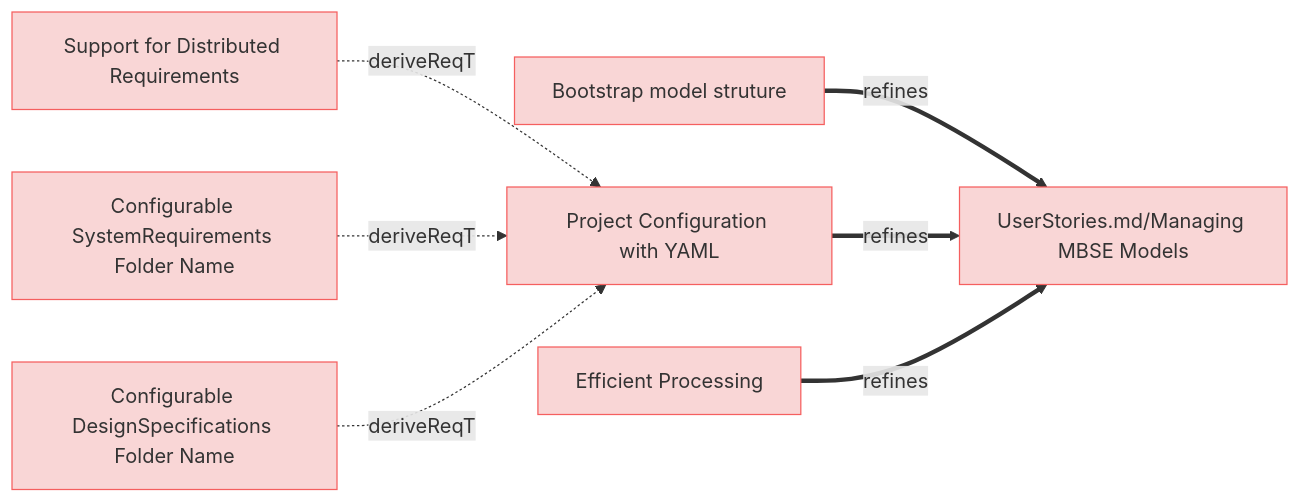
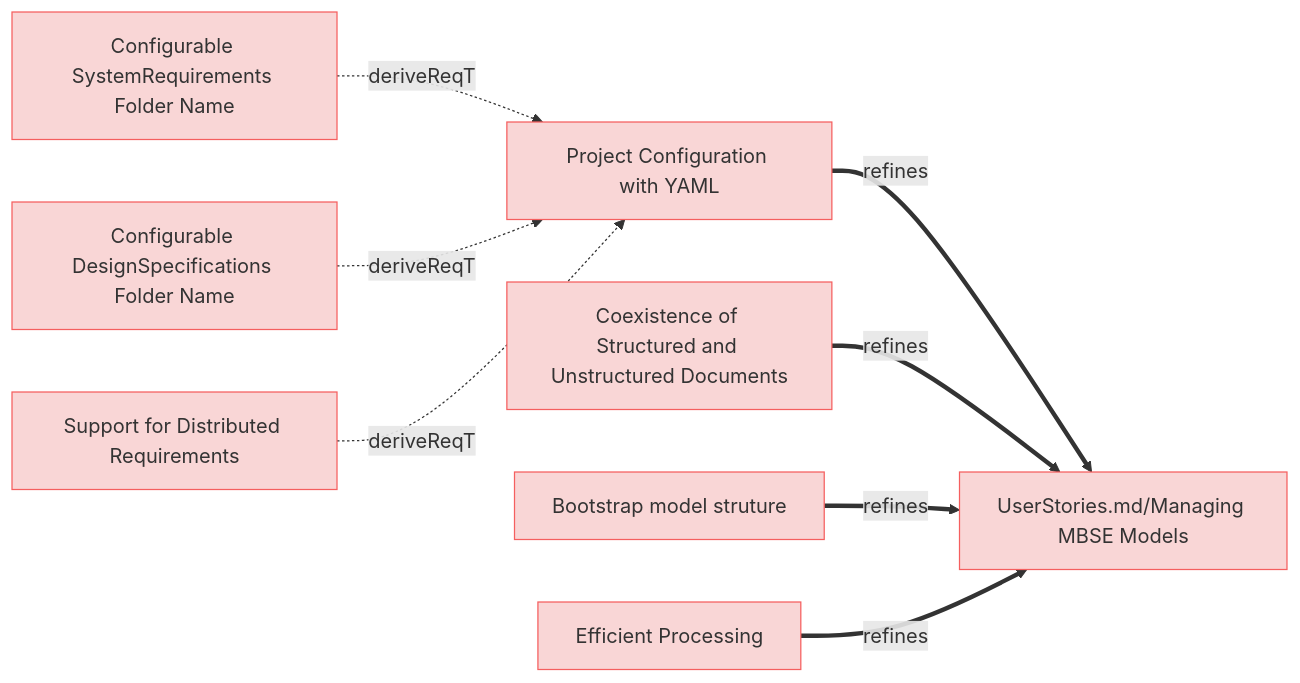
The diagram in specifications/UserRequirements.md (reqvire-org/reqvire), drawn with Mermaid before and after one commit. The commit also changed other lines of this file and 6 other files, not shown here.

Commit message:
Model updates: bug fix not adding diagrams.

````diff
--- a/specifications/UserRequirements.md
+++ b/specifications/UserRequirements.md
@@ -5,35 +4,40 @@
 ```mermaid
 graph LR;
   %% Graph styling
   classDef requirement fill:#f9d6d6,stroke:#f55f5f,stroke-width:1px;
   classDef verification fill:#d6f9d6,stroke:#5fd75f,stroke-width:1px;
   classDef externalLink fill:#d0e0ff,stroke:#3080ff,stroke-width:1px;
   classDef default fill:#f5f5f5,stroke:#333333,stroke-width:1px;
+
+  438060bb46["Configurable SystemRequirements Folder Name"];
+  click 438060bb46 "UserRequirements.md#configurable-systemrequirements-folder-name";
+  class 438060bb46 requirement;
+  7430e12113["Project Configuration with YAML"];
+  class 7430e12113 requirement;
+  click 7430e12113 "UserRequirements.md#project-configuration-with-yaml";
+  438060bb46 -.->|deriveReqT| 7430e12113;
+  3745496893["Configurable DesignSpecifications Folder Name"];
+  click 3745496893 "UserRequirements.md#configurable-designspecifications-folder-name";
+  class 3745496893 requirement;
+  3745496893 -.->|deriveReqT| 7430e12113;
+  852dea6cfe["UserStories.md/Managing MBSE Models"];
+  class 852dea6cfe requirement;
+  click 852dea6cfe "UserStories.md#managing-mbse-models";
+  7430e12113 ==>|refines| 852dea6cfe;
+  6849361af5["Coexistence of Structured and Unstructured Documents"];
+  click 6849361af5 "UserRequirements.md#coexistence-of-structured-and-unstructured-documents";
+  class 6849361af5 requirement;
+  6849361af5 ==>|refines| 852dea6cfe;
   a2398f7051["Bootstrap model struture"];
   click a2398f7051 "UserRequirements.md#bootstrap-model-struture";
   class a2398f7051 requirement;
-  852dea6cfe["UserStories.md/Managing MBSE Models"];
-  class 852dea6cfe requirement;
-  click 852dea6cfe "UserStories.md#managing-mbse-models";
   a2398f7051 ==>|refines| 852dea6cfe;
   fc49f77257["Support for Distributed Requirements"];
   click fc49f77257 "UserRequirements.md#support-for-distributed-requirements";
   class fc49f77257 requirement;
-  7430e12113["Project Configuration with YAML"];
-  class 7430e12113 requirement;
-  click 7430e12113 "UserRequirements.md#project-configuration-with-yaml";
   fc49f77257 -.->|deriveReqT| 7430e12113;
-  7430e12113 ==>|refines| 852dea6cfe;
-  438060bb46["Configurable SystemRequirements Folder Name"];
-  click 438060bb46 "UserRequirements.md#configurable-systemrequirements-folder-name";
-  class 438060bb46 requirement;
-  438060bb46 -.->|deriveReqT| 7430e12113;
   f07cf1cbfa["Efficient Processing"];
   click f07cf1cbfa "UserRequirements.md#efficient-processing";
   class f07cf1cbfa requirement;
   f07cf1cbfa ==>|refines| 852dea6cfe;
-  3745496893["Configurable DesignSpecifications Folder Name"];
-  click 3745496893 "UserRequirements.md#configurable-designspecifications-folder-name";
-  class 3745496893 requirement;
-  3745496893 -.->|deriveReqT| 7430e12113;
 ```
````
